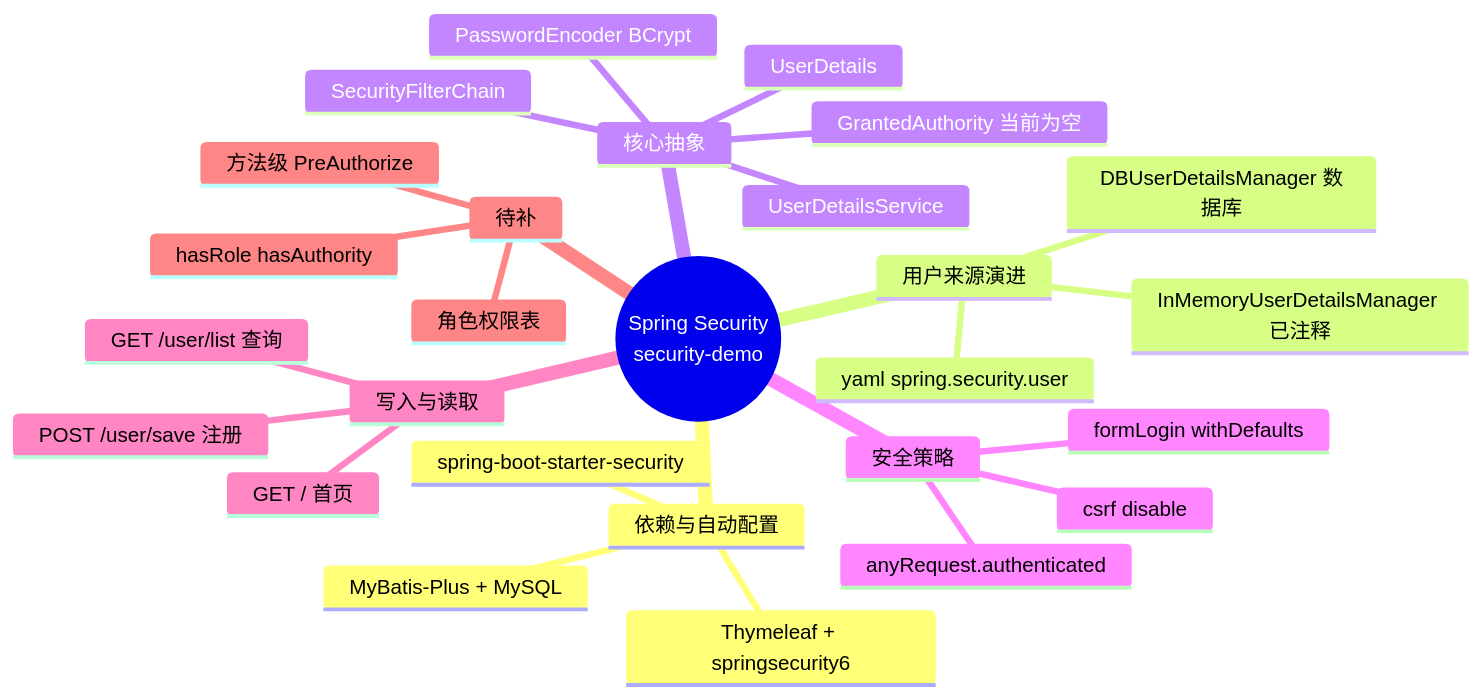
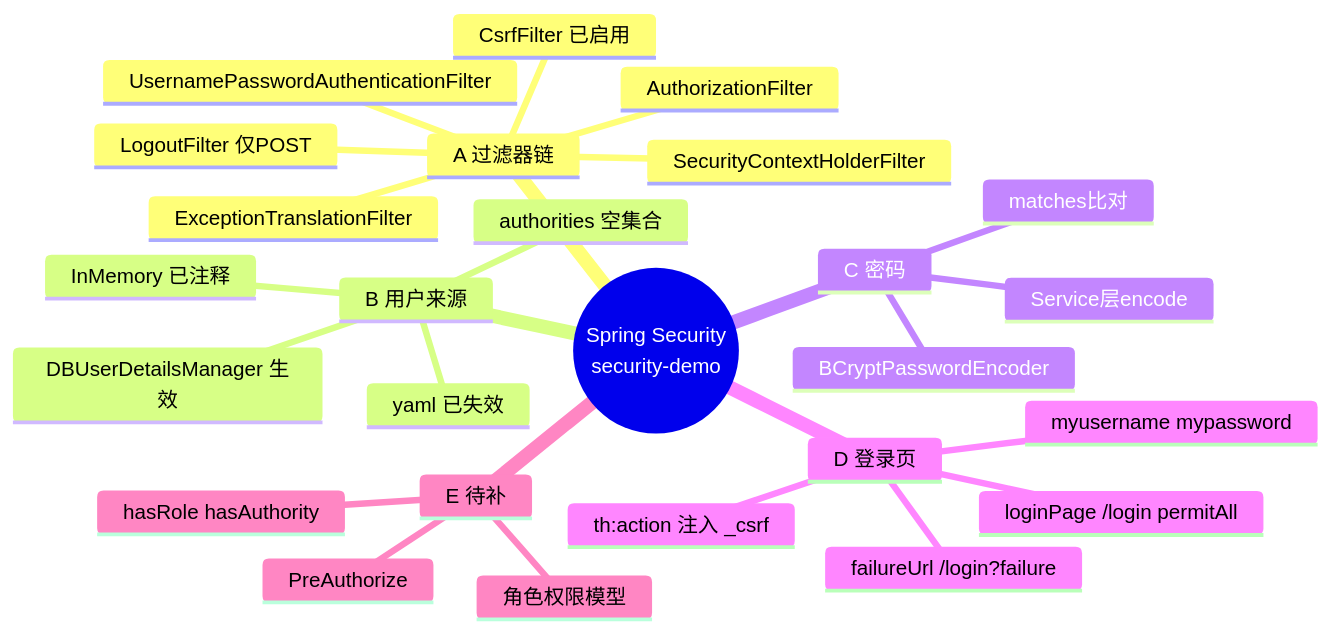
The diagram in README.md (c0re-T/security-demo), drawn with Mermaid before and after one commit. The commit also changed other lines of this file, not shown here.

````diff
--- a/README.md
+++ b/README.md
@@ -61,30 +170,29 @@
 ```mermaid
 mindmap
   root((Spring Security<br/>security-demo))
-    依赖与自动配置
-      spring-boot-starter-security
-      Thymeleaf + springsecurity6
-      MyBatis-Plus + MySQL
-    用户来源演进
-      yaml spring.security.user
-      InMemoryUserDetailsManager 已注释
-      DBUserDetailsManager 数据库
-    核心抽象
-      SecurityFilterChain
-      UserDetails
-      UserDetailsService
-      PasswordEncoder BCrypt
-      GrantedAuthority 当前为空
-    安全策略
-      anyRequest.authenticated
-      formLogin withDefaults
-      csrf disable
-    写入与读取
-      POST /user/save 注册
-      GET /user/list 查询
-      GET / 首页
-    待补
-      角色权限表
+    A 过滤器链
+      SecurityContextHolderFilter
+      CsrfFilter 已启用
+      LogoutFilter 仅POST
+      UsernamePasswordAuthenticationFilter
+      ExceptionTranslationFilter
+      AuthorizationFilter
+    B 用户来源
+      yaml 已失效
+      InMemory 已注释
+      DBUserDetailsManager 生效
+      authorities 空集合
+    C 密码
+      BCryptPasswordEncoder
+      Service层encode
+      matches比对
+    D 登录页
+      loginPage /login permitAll
+      myusername mypassword
+      failureUrl /login?failure
+      th:action 注入 _csrf
+    E 待补
+      角色权限模型
       hasRole hasAuthority
-      方法级 PreAuthorize
+      PreAuthorize
 ```
````
